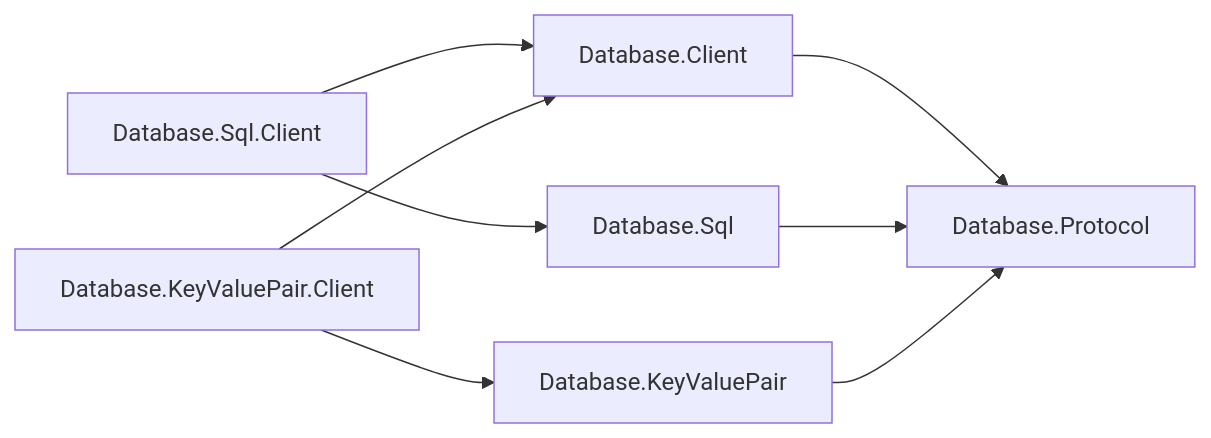
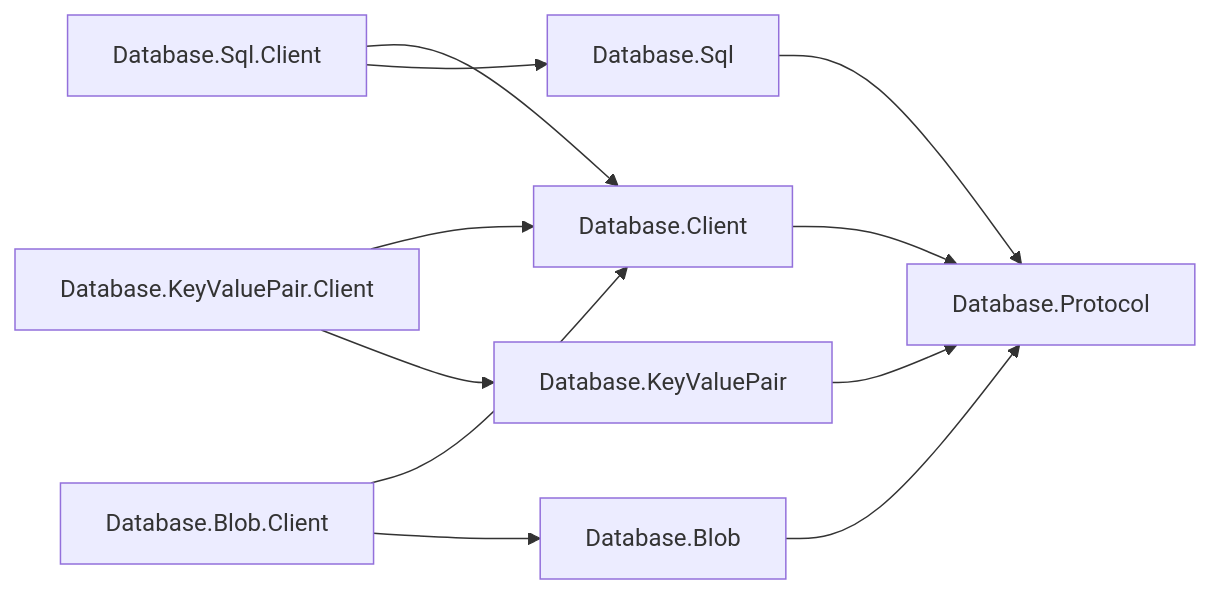
Before and after one commit to assimalign/cohesion: the diagram in resources/Database/Assimalign.Cohesion.Database.Client/docs/DESIGN.md, drawn with Mermaid. The commit also changed other lines of this file and 50 other files, not shown here.

First line of the commit message:
feat(database): Blob wire server and streaming client

````diff
--- a/resources/Database/Assimalign.Cohesion.Database.Client/docs/DESIGN.md
+++ b/resources/Database/Assimalign.Cohesion.Database.Client/docs/DESIGN.md
@@ -12,10 +12,13 @@
 ```mermaid
 flowchart LR
     SqlClient["Database.Sql.Client"] --> Client["Database.Client"]
     SqlClient --> Sql["Database.Sql"]
     KvClient["Database.KeyValuePair.Client"] --> Client
     KvClient --> Kv["Database.KeyValuePair"]
+    BlobClient["Database.Blob.Client"] --> Client
+    BlobClient --> Blob["Database.Blob"]
     Client --> Protocol["Database.Protocol"]
     Sql --> Protocol
     Kv --> Protocol
+    Blob --> Protocol
 ```
````
